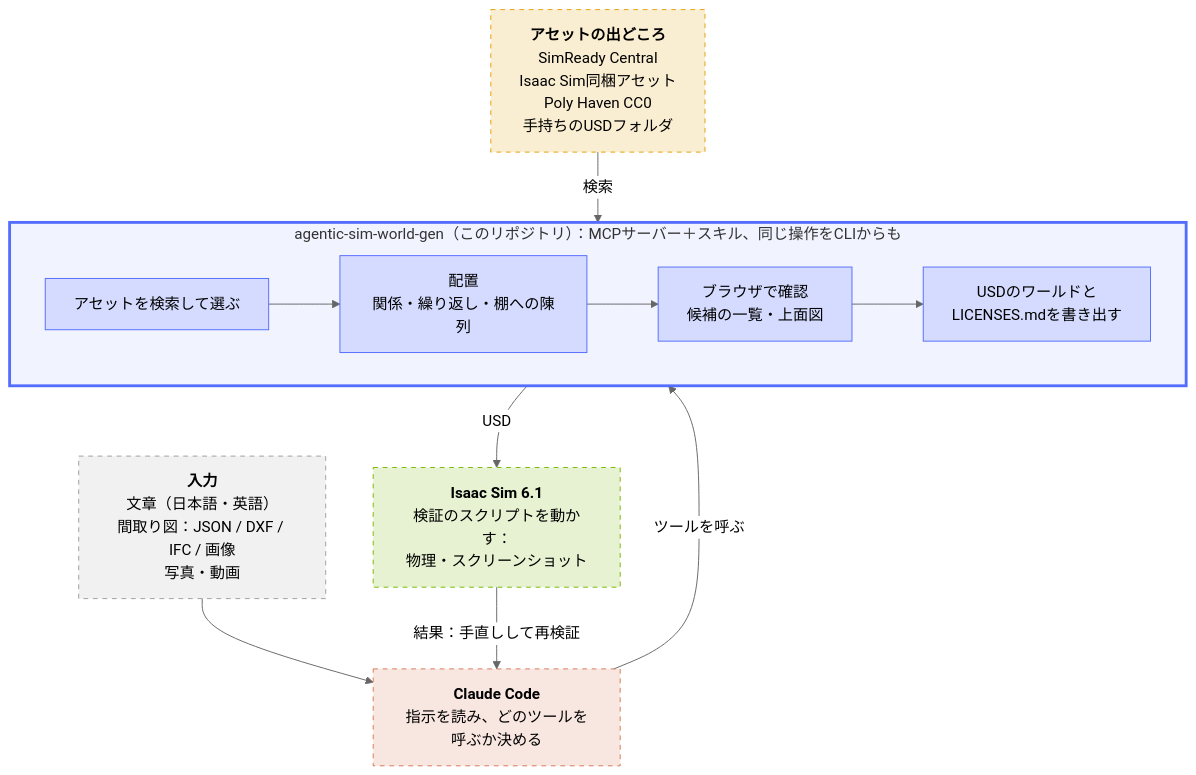
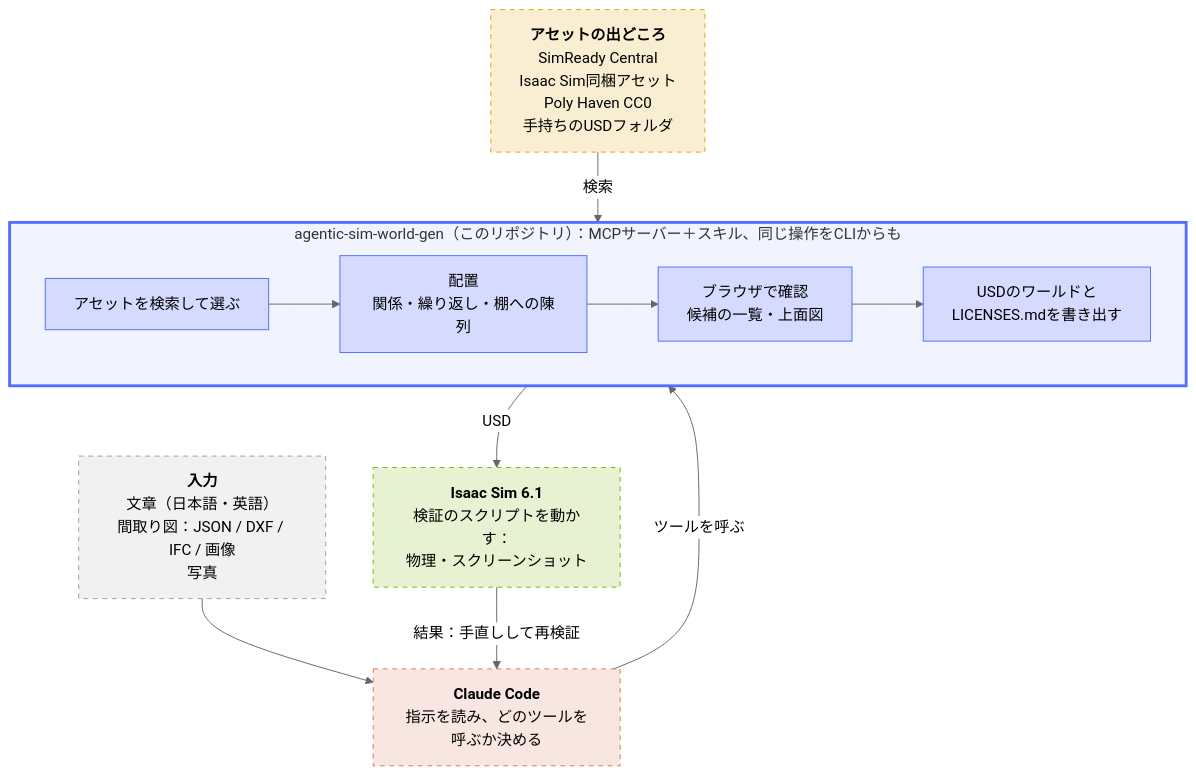
The diagram in README.ja.md (atinfinity/agentic-sim-world-gen), drawn with Mermaid (neutral theme) before and after one commit. The commit also changed other lines of this file and 48 other files, not shown here.

````diff
--- a/README.ja.md
+++ b/README.ja.md
@@ -8,27 +8,27 @@
 ```mermaid
 flowchart TB
-  IN["<b>入力</b><br/>文章（日本語・英語）<br/>間取り図：JSON / DXF / IFC / 画像<br/>写真・動画"]
+  IN["<b>入力</b><br/>文章（日本語・英語）<br/>間取り図：JSON / DXF / IFC / 画像<br/>写真"]
   CC["<b>Claude Code</b><br/>指示を読み、どのツールを呼ぶか決める"]
   subgraph WG["agentic-sim-world-gen（このリポジトリ）：MCPサーバー＋スキル、同じ操作をCLIからも"]
     direction LR
     S["アセットを検索して選ぶ"] --> L["配置<br/>関係・繰り返し・棚への陳列"] --> V["ブラウザで確認<br/>候補の一覧・上面図"] --> U["USDのワールドと<br/>LICENSES.mdを書き出す"]
   end
   SRC["<b>アセットの出どころ</b><br/>SimReady Central<br/>Isaac Sim同梱アセット<br/>Poly Haven CC0<br/>手持ちのUSDフォルダ"]
   ISAAC["<b>Isaac Sim 6.1</b><br/>検証のスクリプトを動かす：<br/>物理・スクリーンショット"]
   IN --> CC
   CC -- "ツールを呼ぶ" --> WG
   SRC -- "検索" --> WG
   WG -- "USD" --> ISAAC
   ISAAC -- "結果：手直しして再検証" --> CC
   style WG fill:#536dfe14,stroke:#536dfe,stroke-width:3px
   classDef repo fill:#536dfe2e,stroke:#536dfe
   classDef input fill:#9e9e9e26,stroke:#9e9e9e,stroke-dasharray:5 5
   classDef claude fill:#d977572e,stroke:#d97757,stroke-dasharray:5 5
   classDef assets fill:#e3a0082e,stroke:#e3a008,stroke-dasharray:5 5
   classDef isaac fill:#76b9002e,stroke:#76b900,stroke-dasharray:5 5
   class S,L,V,U repo
   class IN input
   class CC claude
   class SRC assets
   class ISAAC isaac
 ```
````
